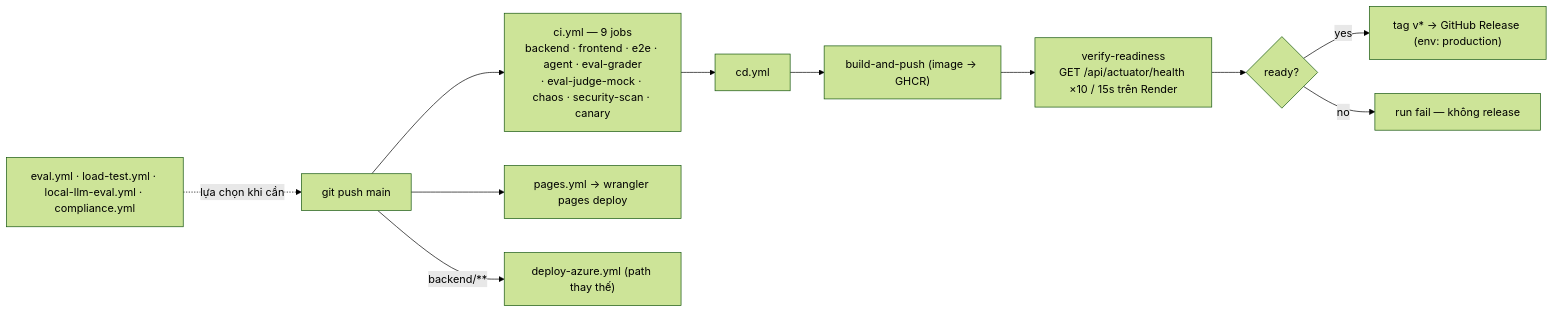
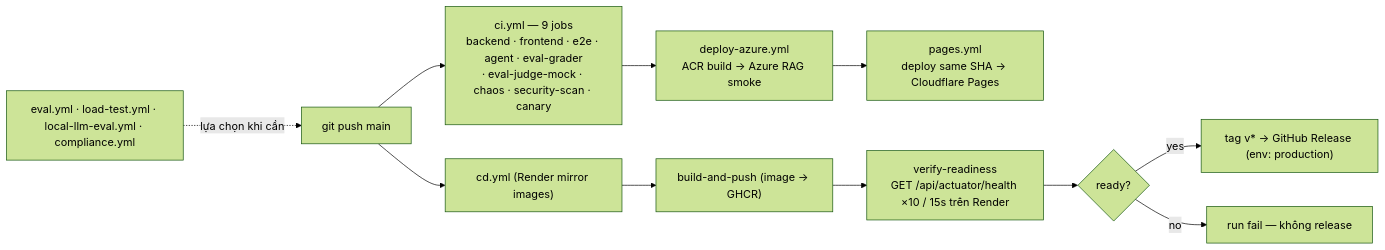
One commit to imtarget05/Enterprise-Document-Intelligence-Corrective-RAG-Platform changed the second of 6 diagrams in docs/architecture.md. Above: the diagram before and after it, drawn with Mermaid (forest theme). The commit also changed other lines of this file and 4 other files, not shown here.

````diff
--- a/docs/architecture.md
+++ b/docs/architecture.md
@@ -85,13 +85,13 @@
 ```mermaid
 flowchart LR
     P["git push main"] --> CI["ci.yml — 9 jobs<br/>backend · frontend · e2e · agent · eval-grader<br/>· eval-judge-mock · chaos · security-scan · canary"]
-    CI --> CD["cd.yml"]
+    CI --> AZ["deploy-azure.yml<br/>ACR build → Azure RAG smoke"]
+    AZ --> PG["pages.yml<br/>deploy same SHA → Cloudflare Pages"]
+    P --> CD["cd.yml (Render mirror images)"]
     CD --> BP["build-and-push (image → GHCR)"]
     BP --> VR["verify-readiness<br/>GET /api/actuator/health ×10 / 15s trên Render"]
     VR --> OK{"ready?"}
     OK -->|yes| REL["tag v* → GitHub Release (env: production)"]
     OK -->|no| BLOCK["run fail — không release"]
-    P --> PG["pages.yml → wrangler pages deploy"]
-    P -->|"backend/**"| AZ["deploy-azure.yml (path thay thế)"]
     SUB["eval.yml · load-test.yml · local-llm-eval.yml · compliance.yml"] -.lựa chọn khi cần.-> P
 ```
````
